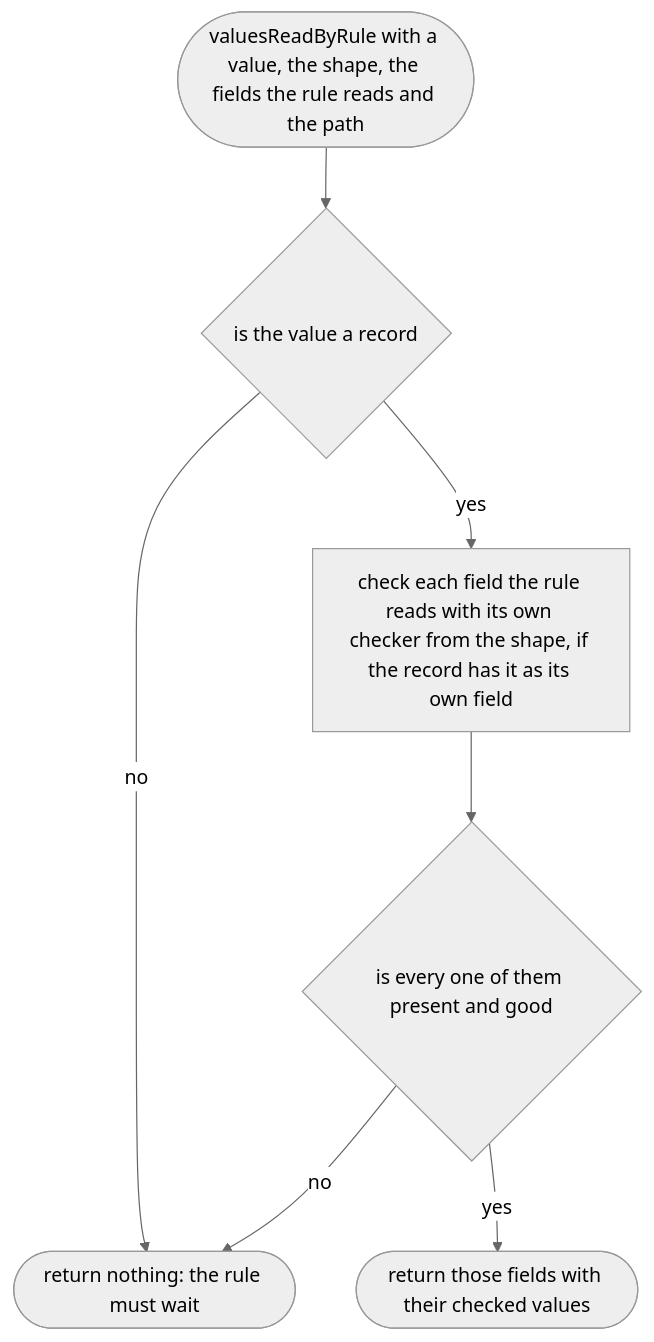
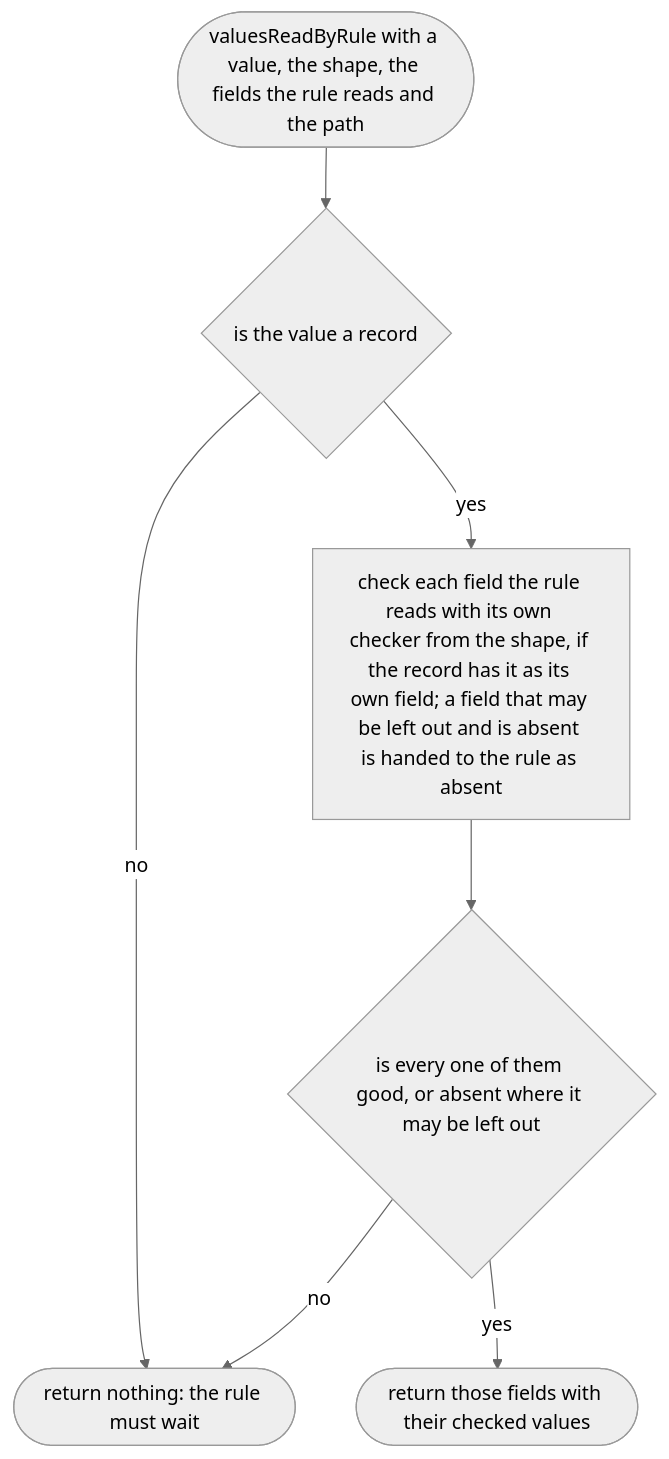
Before and after one commit to NewDara-Star/world-engine: diagram 39 of 44 in docs/designs/src/place/parse.md, drawn with Mermaid (neutral theme). The commit also changed other lines of this file and 1 other file, not shown here.

Commit message:
Slice 1: optional fields in a record; three vehicle tests expect the "Fix these first" line
The coder stopped, rightly: the vehicle design lets the figure groups be
left out, but the record checker had no way to say so, and three blind
tests expected a single message where the approved design adds the
"Fix these first" line after a check that waited. Orchestrator decision
(common sense, nothing for the player changes): requireRecord can name
fields that may be left out, missingFields skips them, and a rule gets
an absent optional field as absent; the three tests now expect the
waiting line the place checker already shows. The orchestrator has not
seen any slice 1 code (none exists), so the tests stay blind.

Claude-Session: https://claude.ai/code/session_01AR6zWvV1QgnYj7wLweRBM6

````diff
--- a/docs/designs/src/place/parse.md
+++ b/docs/designs/src/place/parse.md
@@ -633,15 +633,15 @@
 ```mermaid
 flowchart TD
   s(["valuesReadByRule with a value, the shape, the fields the rule reads and the path"])
   a{"is the value a record"}
   b(["return nothing: the rule must wait"])
-  c["check each field the rule reads with its own checker from the shape, if the record has it as its own field"]
-  d{"is every one of them present and good"}
+  c["check each field the rule reads with its own checker from the shape, if the record has it as its own field; a field that may be left out and is absent is handed to the rule as absent"]
+  d{"is every one of them good, or absent where it may be left out"}
   e(["return those fields with their checked values"])
   s --> a
   a -->|"no"| b
   a -->|"yes"| c
   c --> d
   d -->|"yes"| e
   d -->|"no"| b
 ```
````
